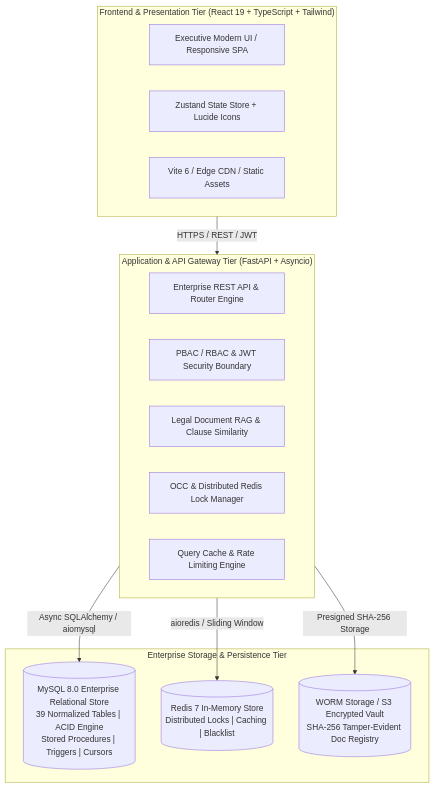
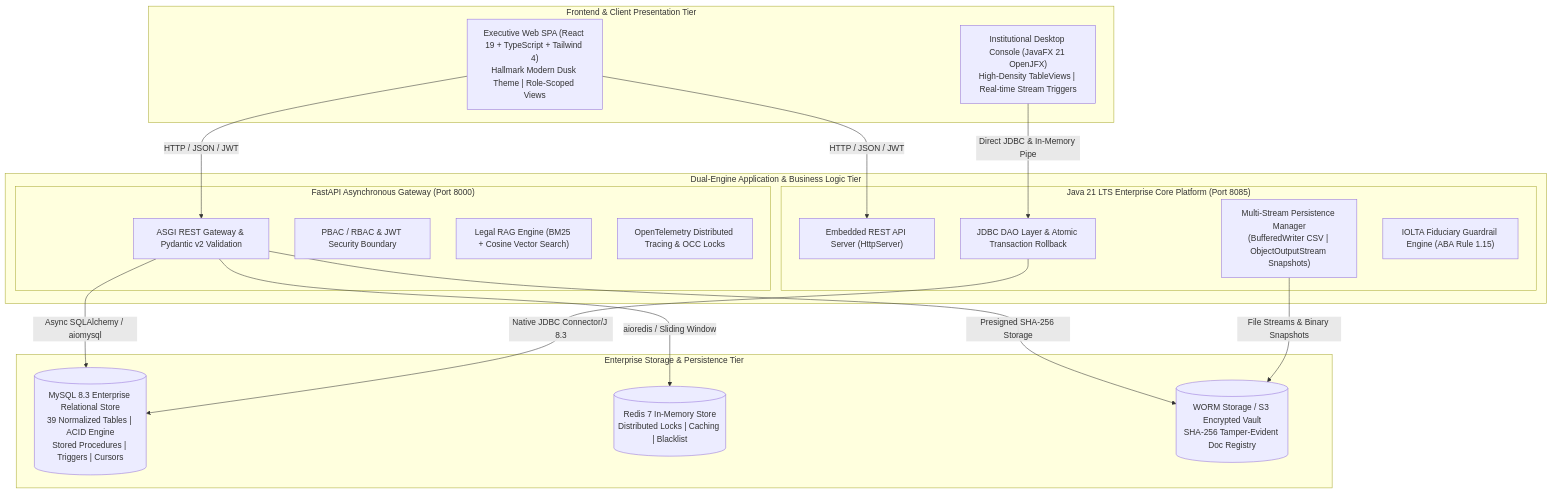
The first of 3 diagrams in README.md (AryanK0/Law-Firm-System), drawn with Mermaid before and after one commit. The commit also changed other lines of this file and 30 other files, not shown here.

Commit message:
chore: clean project structure, remove obsolete history files, and harden Java 21 LTS enterprise backend

````diff
--- a/README.md
+++ b/README.md
@@ -32,27 +30,39 @@
 ```mermaid
 flowchart TB
-    subgraph ClientLayer["Frontend & Presentation Tier (React 19 + TypeScript + Tailwind)"]
-        UI["Executive Modern UI / Responsive SPA"]
-        State["Zustand State Store + Lucide Icons"]
-        Vite["Vite 6 / Edge CDN / Static Assets"]
+    subgraph ClientLayer["Frontend & Client Presentation Tier"]
+        WebUI["Executive Web SPA (React 19 + TypeScript + Tailwind 4)\nHallmark Modern Dusk Theme | Role-Scoped Views"]
+        DesktopUI["Institutional Desktop Console (JavaFX 21 OpenJFX)\nHigh-Density TableViews | Real-time Stream Triggers"]
     end
 
-    subgraph APILayer["Application & API Gateway Tier (FastAPI + Asyncio)"]
-        Router["Enterprise REST API & Router Engine"]
-        AuthMiddleware["PBAC / RBAC & JWT Security Boundary"]
-        RAGModule["Legal Document RAG & Clause Similarity"]
-        LockMgr["OCC & Distributed Redis Lock Manager"]
-        CacheMgr["Query Cache & Rate Limiting Engine"]
+    subgraph ServiceTier["Dual-Engine Application & Business Logic Tier"]
+        subgraph JavaCore["Java 21 LTS Enterprise Core Platform (Port 8085)"]
+            JavaServer["Embedded REST API Server (HttpServer)"]
+            JavaDAO["JDBC DAO Layer & Atomic Transaction Rollback"]
+            JavaPersistence["Multi-Stream Persistence Manager\n(BufferedWriter CSV | ObjectOutputStream Snapshots)"]
+            JavaIOLTA["IOLTA Fiduciary Guardrail Engine (ABA Rule 1.15)"]
+        end
+
+        subgraph PythonGateway["FastAPI Asynchronous Gateway (Port 8000)"]
+            FastAPIServer["ASGI REST Gateway & Pydantic v2 Validation"]
+            AuthEngine["PBAC / RBAC & JWT Security Boundary"]
+            AIRag["Legal RAG Engine (BM25 + Cosine Vector Search)"]
+            Telemetry["OpenTelemetry Distributed Tracing & OCC Locks"]
+        end
     end
 
     subgraph DataLayer["Enterprise Storage & Persistence Tier"]
-        MySQL[("MySQL 8.0 Enterprise Relational Store\n39 Normalized Tables | ACID Engine\nStored Procedures | Triggers | Cursors")]
+        MySQL[("MySQL 8.3 Enterprise Relational Store\n39 Normalized Tables | ACID Engine\nStored Procedures | Triggers | Cursors")]
         RedisDB[("Redis 7 In-Memory Store\nDistributed Locks | Caching | Blacklist")]
         Vault[("WORM Storage / S3 Encrypted Vault\nSHA-256 Tamper-Evident Doc Registry")]
     end
 
-    ClientLayer -->|HTTPS / REST / JWT| APILayer
-    APILayer -->|Async SQLAlchemy / aiomysql| MySQL
-    APILayer -->|aioredis / Sliding Window| RedisDB
-    APILayer -->|Presigned SHA-256 Storage| Vault
+    WebUI -->|HTTP / JSON / JWT| JavaServer
+    WebUI -->|HTTP / JSON / JWT| FastAPIServer
+    DesktopUI -->|Direct JDBC & In-Memory Pipe| JavaDAO
+
+    JavaDAO -->|Native JDBC Connector/J 8.3| MySQL
+    JavaPersistence -->|File Streams & Binary Snapshots| Vault
+    FastAPIServer -->|Async SQLAlchemy / aiomysql| MySQL
+    FastAPIServer -->|aioredis / Sliding Window| RedisDB
+    FastAPIServer -->|Presigned SHA-256 Storage| Vault
 ```
````
